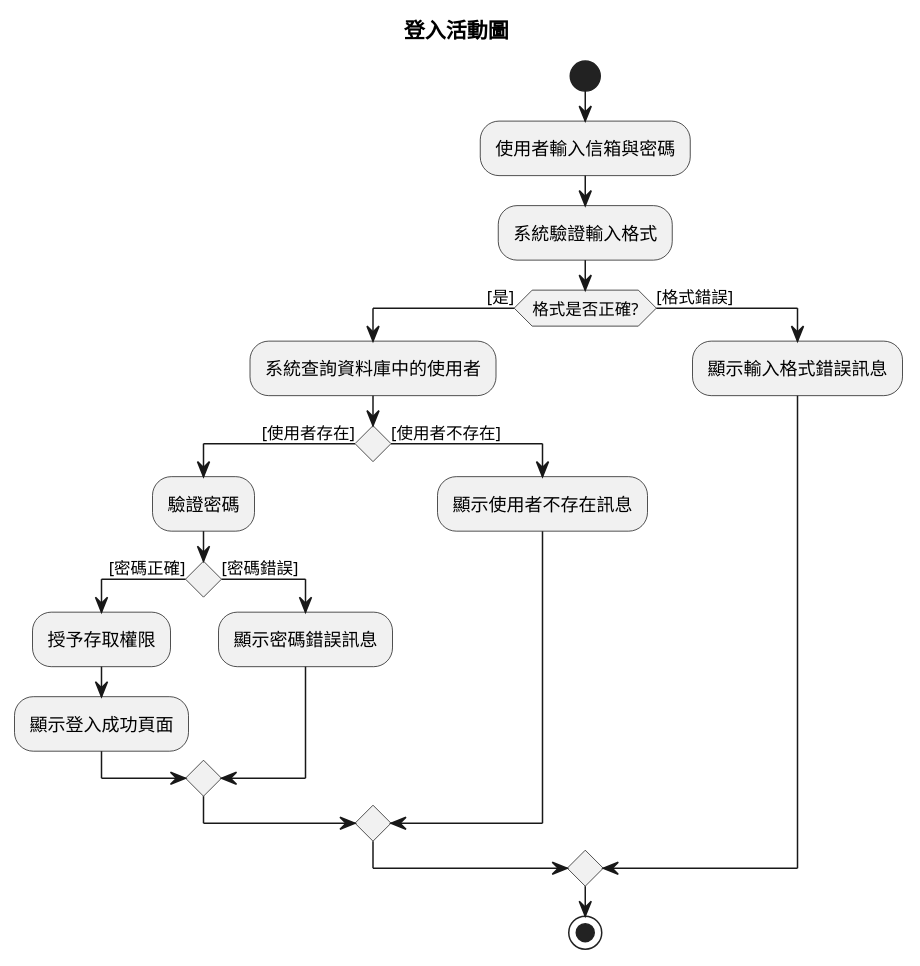
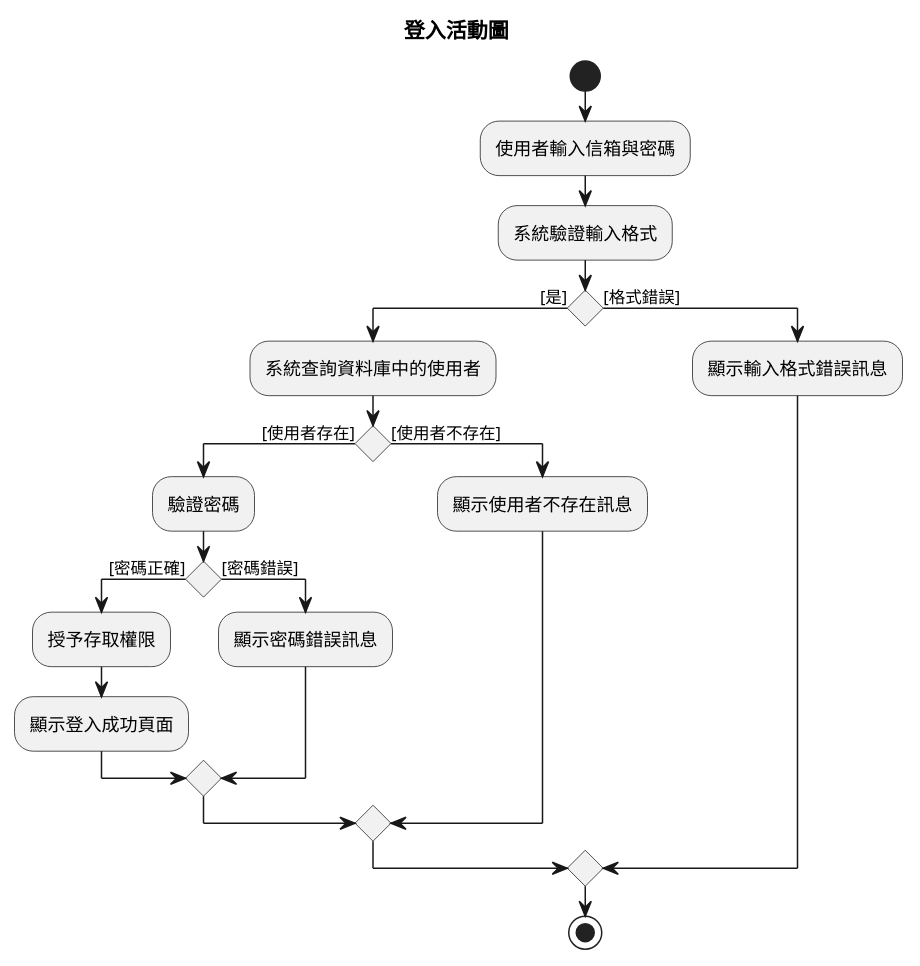
Before and after one commit to vaso0130/Ticket-system: the fourth of 28 diagrams in uml_diagrams.md, drawn with PlantUML. The commit also changed other lines of this file, not shown here.

Commit message:
重構UML圖，調整用例圖方向及角色定義，改善活動圖邏輯，並優化類別繼承結構

````diff
--- a/uml_diagrams.md
+++ b/uml_diagrams.md
@@ -98,25 +114,25 @@
 ```plantuml
 @startuml
 title 登入活動圖
 start
 :使用者輸入信箱與密碼;
 :系統驗證輸入格式;
-if (格式是否正確?) then ([是])
+if () then ([是])
   :系統查詢資料庫中的使用者;
   if () then ([使用者存在])
     :驗證密碼;
     if () then ([密碼正確])
       :授予存取權限;
       :顯示登入成功頁面;
     else ([密碼錯誤])
       :顯示密碼錯誤訊息;
     endif
   else ([使用者不存在])
     :顯示使用者不存在訊息;
   endif
 else ([格式錯誤])
   :顯示輸入格式錯誤訊息;
 endif
 stop
 @enduml
 ```
````
